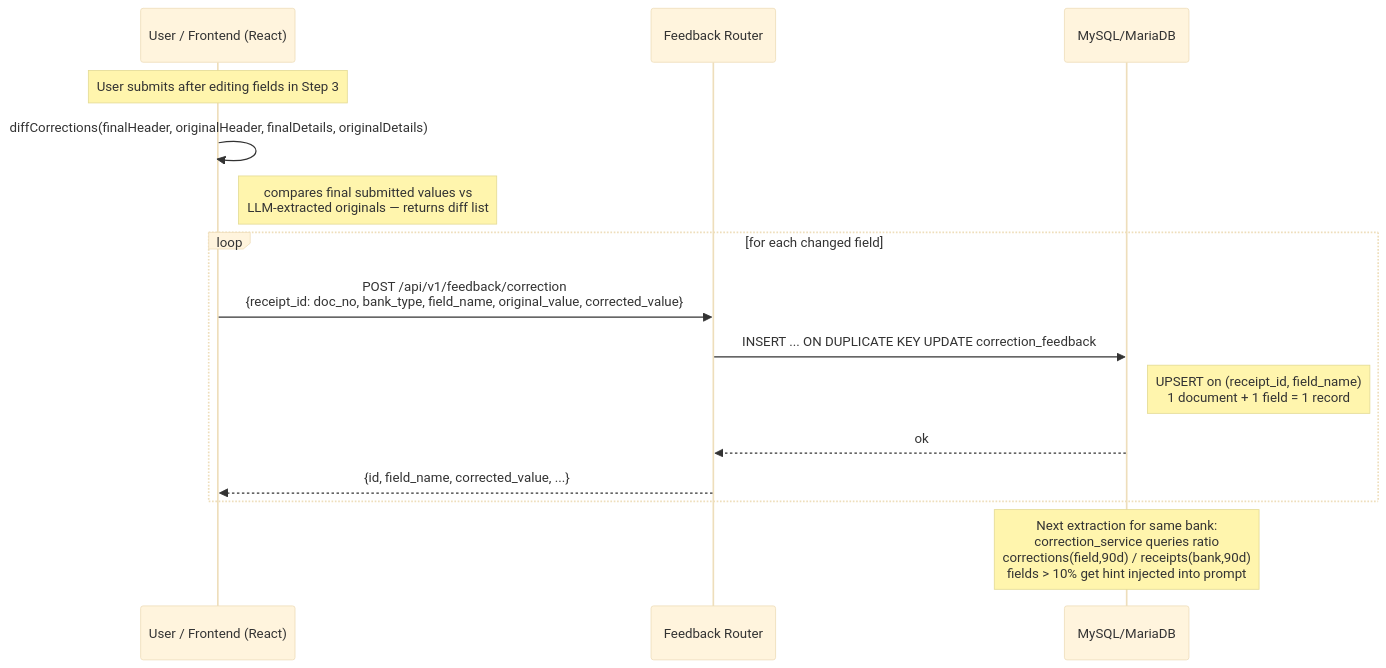
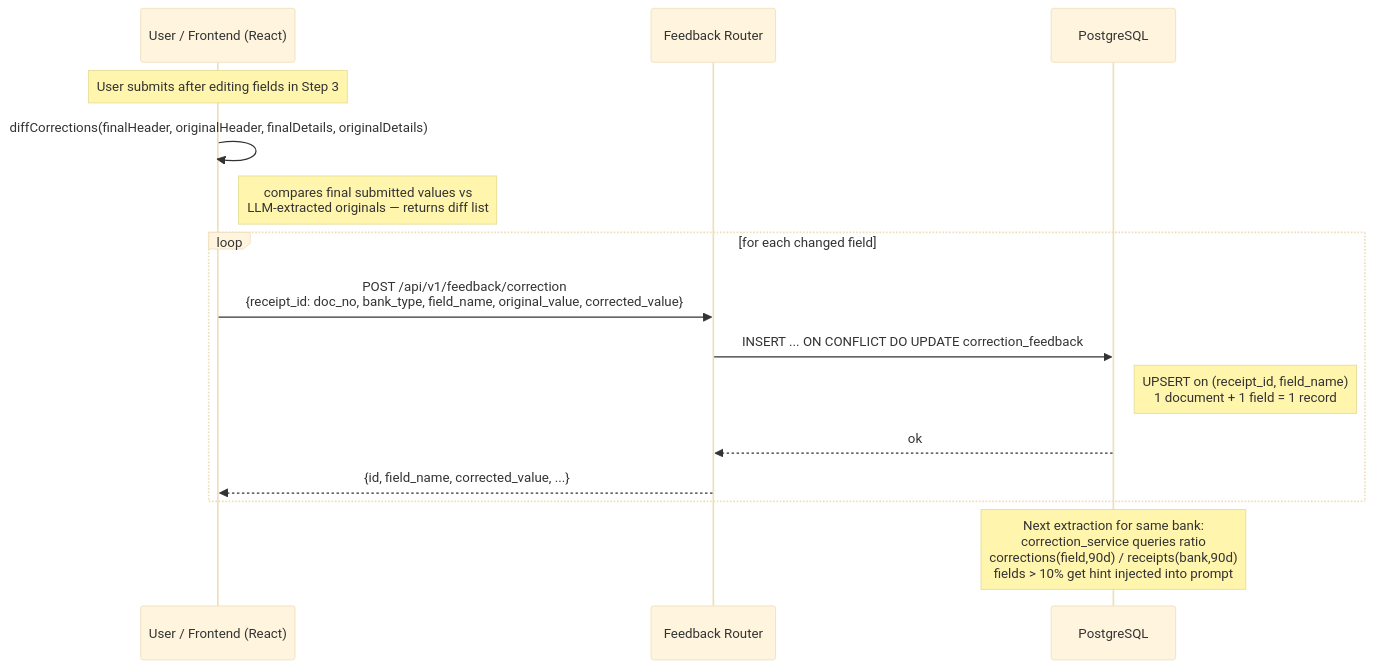
The fourth of 8 diagrams in docs/Software_Requirements_Specification.md (developer-carmensoftware/OCR), drawn with Mermaid (base theme) before and after one commit. The commit also changed other lines of this file and 27 other files, not shown here.

````diff
--- a/docs/Software_Requirements_Specification.md
+++ b/docs/Software_Requirements_Specification.md
@@ -199,20 +199,20 @@
 ```mermaid
 sequenceDiagram
     participant User as User / Frontend (React)
     participant FB as Feedback Router
-    participant DB as MySQL/MariaDB
+    participant DB as PostgreSQL
 
     Note over User: User submits after editing fields in Step 3
     User->>User: diffCorrections(finalHeader, originalHeader, finalDetails, originalDetails)
     Note right of User: compares final submitted values vs<br/>LLM-extracted originals — returns diff list
 
     loop for each changed field
         User->>FB: POST /api/v1/feedback/correction<br/>{receipt_id: doc_no, bank_type, field_name, original_value, corrected_value}
-        FB->>DB: INSERT ... ON DUPLICATE KEY UPDATE correction_feedback
+        FB->>DB: INSERT ... ON CONFLICT DO UPDATE correction_feedback
         Note right of DB: UPSERT on (receipt_id, field_name)<br/>1 document + 1 field = 1 record
         DB-->>FB: ok
         FB-->>User: {id, field_name, corrected_value, ...}
     end
 
     Note over DB: Next extraction for same bank:<br/>correction_service queries ratio<br/>corrections(field,90d) / receipts(bank,90d)<br/>fields > 10% get hint injected into prompt
 ```
````
